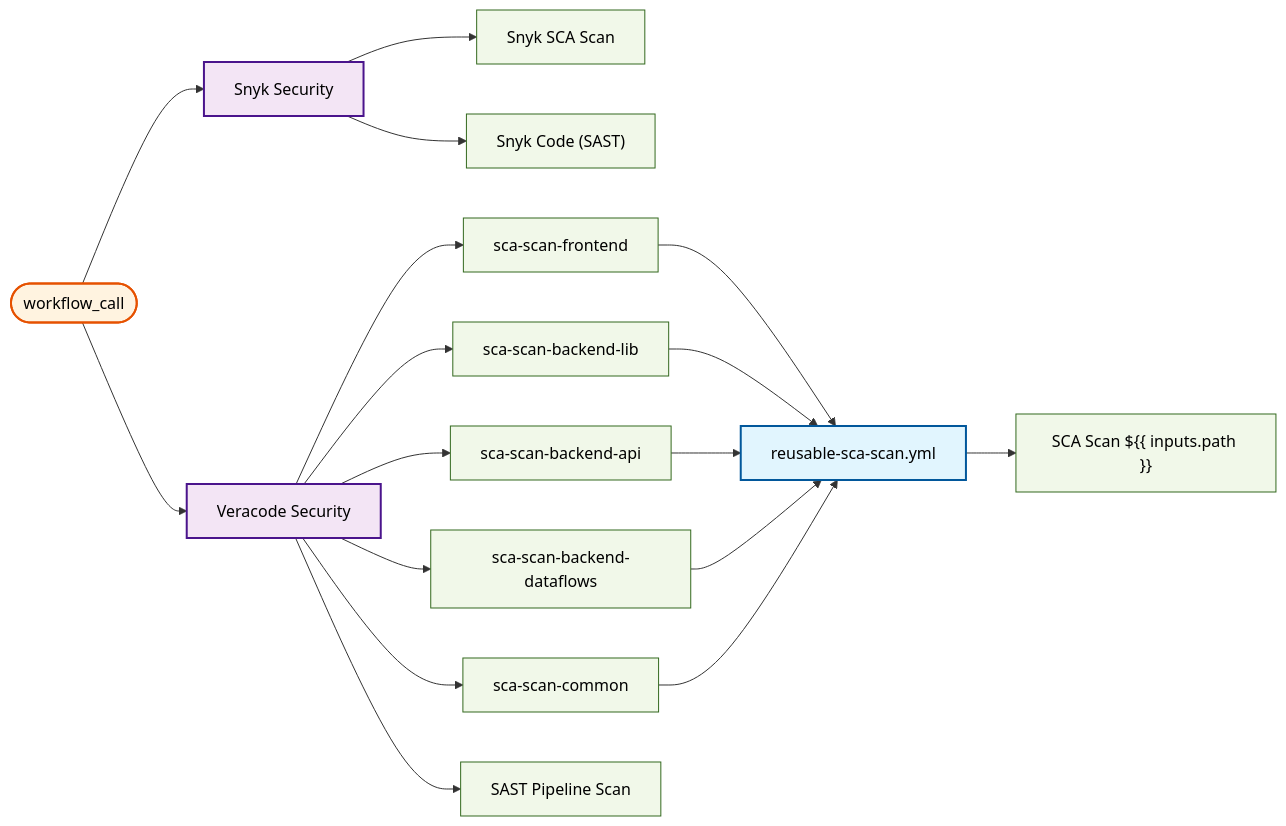
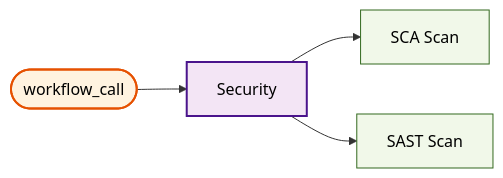
One commit to US-Trustee-Program/Bankruptcy-Oversight-Support-Systems changed the tenth of 21 diagrams in docs/operations/workflow-diagram.md. Above: the diagram before and after it, drawn with Mermaid. The commit also changed other lines of this file and 18 other files, not shown here.

````diff
--- a/docs/operations/workflow-diagram.md
+++ b/docs/operations/workflow-diagram.md
@@ -580,52 +528,21 @@
 ```mermaid
 flowchart LR
     trigger_workflow_call(["workflow_call"])
-    sub_snyk_security_scan_yml["Snyk Security"]
-    sub_snyk_security_scan_yml_snyk_sca["Snyk SCA Scan"]
-    sub_snyk_security_scan_yml_snyk_sast["Snyk Code (SAST)"]
-    sub_security_scan_yml["Veracode Security"]
-    sub_security_scan_yml_sca_scan_frontend["sca-scan-frontend"]
-    reusable_sca_scan_yml["reusable-sca-scan.yml"]
-    reusable_sca_scan_yml_sca_scan["SCA Scan ${{ inputs.path }}"]
-    sub_security_scan_yml_sca_scan_backend_lib["sca-scan-backend-lib"]
-    sub_security_scan_yml_sca_scan_backend_api["sca-scan-backend-api"]
-    sub_security_scan_yml_sca_scan_backend_dataflows["sca-scan-backend-dataflows"]
-    sub_security_scan_yml_sca_scan_common["sca-scan-common"]
-    sub_security_scan_yml_sast_pipeline_scan["SAST Pipeline Scan"]
+    sub_security_scan_yml["Security"]
+    sub_security_scan_yml_sca_scan["SCA Scan"]
+    sub_security_scan_yml_sast_scan["SAST Scan"]
 
-    trigger_workflow_call --> sub_snyk_security_scan_yml
-    sub_snyk_security_scan_yml --> sub_snyk_security_scan_yml_snyk_sca
-    sub_snyk_security_scan_yml --> sub_snyk_security_scan_yml_snyk_sast
     trigger_workflow_call --> sub_security_scan_yml
-    sub_security_scan_yml --> sub_security_scan_yml_sca_scan_frontend
-    reusable_sca_scan_yml --> reusable_sca_scan_yml_sca_scan
-    sub_security_scan_yml_sca_scan_frontend --> reusable_sca_scan_yml
-    sub_security_scan_yml --> sub_security_scan_yml_sca_scan_backend_lib
-    sub_security_scan_yml_sca_scan_backend_lib --> reusable_sca_scan_yml
-    sub_security_scan_yml --> sub_security_scan_yml_sca_scan_backend_api
-    sub_security_scan_yml_sca_scan_backend_api --> reusable_sca_scan_yml
-    sub_security_scan_yml --> sub_security_scan_yml_sca_scan_backend_dataflows
-    sub_security_scan_yml_sca_scan_backend_dataflows --> reusable_sca_scan_yml
-    sub_security_scan_yml --> sub_security_scan_yml_sca_scan_common
-    sub_security_scan_yml_sca_scan_common --> reusable_sca_scan_yml
-    sub_security_scan_yml --> sub_security_scan_yml_sast_pipeline_scan
+    sub_security_scan_yml --> sub_security_scan_yml_sca_scan
+    sub_security_scan_yml --> sub_security_scan_yml_sast_scan
 
     classDef reusable fill:#e1f5fe,stroke:#01579b,stroke-width:2px,color:#000000
     classDef mainWorkflow fill:#f3e5f5,stroke:#4a148c,stroke-width:2px,color:#000000
     classDef trigger fill:#fff3e0,stroke:#e65100,stroke-width:2px,color:#000000
     classDef job fill:#f1f8e9,stroke:#33691e,stroke-width:1px,color:#000000
 
     class trigger_workflow_call trigger
-    class sub_snyk_security_scan_yml mainWorkflow
-    class sub_snyk_security_scan_yml_snyk_sca job
-    class sub_snyk_security_scan_yml_snyk_sast job
     class sub_security_scan_yml mainWorkflow
-    class sub_security_scan_yml_sca_scan_frontend job
-    class reusable_sca_scan_yml reusable
-    class reusable_sca_scan_yml_sca_scan job
-    class sub_security_scan_yml_sca_scan_backend_lib job
-    class sub_security_scan_yml_sca_scan_backend_api job
-    class sub_security_scan_yml_sca_scan_backend_dataflows job
-    class sub_security_scan_yml_sca_scan_common job
-    class sub_security_scan_yml_sast_pipeline_scan job
+    class sub_security_scan_yml_sca_scan job
+    class sub_security_scan_yml_sast_scan job
 ```
````
